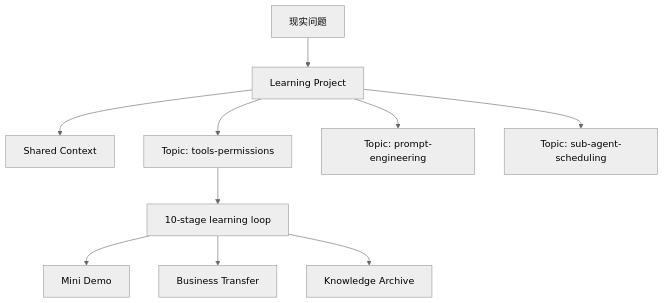
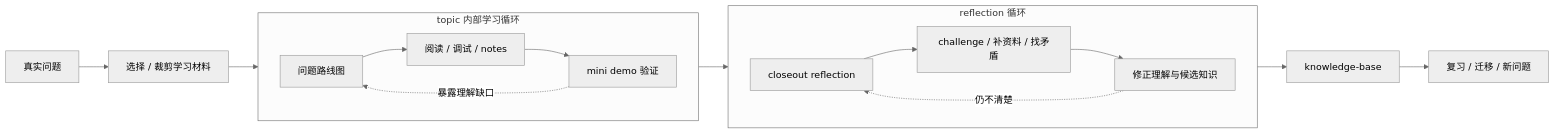
One commit to hedon954/daedalus changed the first of 2 diagrams in README.md. Above: the diagram before and after it, drawn with Mermaid (neutral theme). The commit also changed other lines of this file and 4 other files, not shown here.

````diff
--- a/README.md
+++ b/README.md
@@ -26,13 +29,36 @@
 ```mermaid
-flowchart TD
-    Problem["现实问题"] --> Project["Learning Project"]
-    Project --> Shared["Shared Context"]
-    Project --> TopicA["Topic: tools-permissions"]
-    Project --> TopicB["Topic: prompt-engineering"]
-    Project --> TopicC["Topic: sub-agent-scheduling"]
+flowchart LR
+    Problem["真实问题"]
+    Scope["选择 / 裁剪学习材料"]
 
-    TopicA --> Loop["10-stage learning loop"]
-    Loop --> Demo["Mini Demo"]
-    Loop --> Transfer["Business Transfer"]
-    Loop --> Knowledge["Knowledge Archive"]
+    subgraph Topic["topic 内部学习循环"]
+        direction LR
+        Roadmap["问题路线图"]
+        Study["阅读 / 调试 / notes"]
+        Demo["mini demo 验证"]
+
+        Roadmap --> Study
+        Study --> Demo
+        Demo -. "暴露理解缺口" .-> Roadmap
+    end
+
+    subgraph Reflection["reflection 循环"]
+        direction LR
+        Closeout["closeout reflection"]
+        Challenge["challenge / 补资料 / 找矛盾"]
+        Revise["修正理解与候选知识"]
+
+        Closeout --> Challenge
+        Challenge --> Revise
+        Revise -. "仍不清楚" .-> Closeout
+    end
+
+    KB["knowledge-base"]
+    Next["复习 / 迁移 / 新问题"]
+
+    Problem --> Scope
+    Scope --> Topic
+    Topic --> Reflection
+    Reflection --> KB
+    KB --> Next
 ```
````
